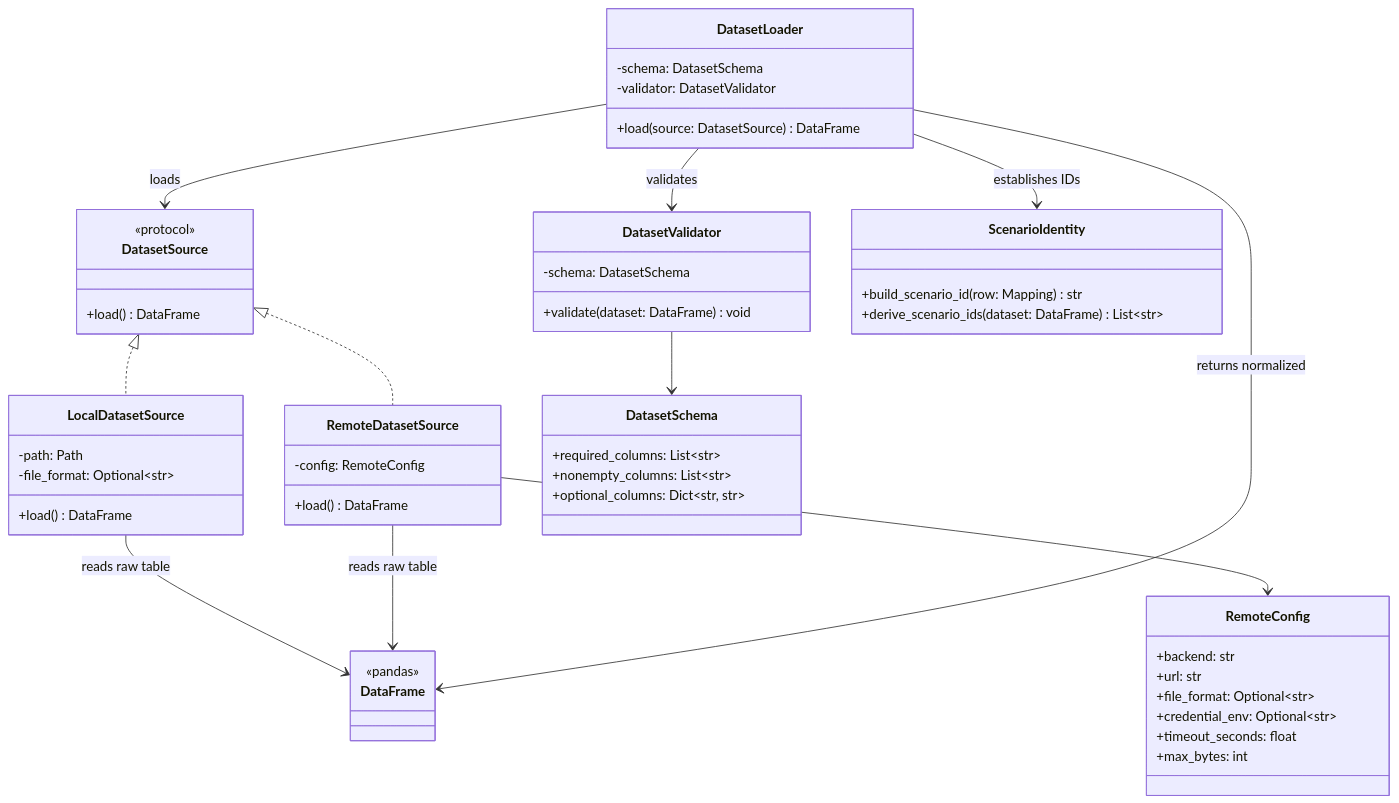
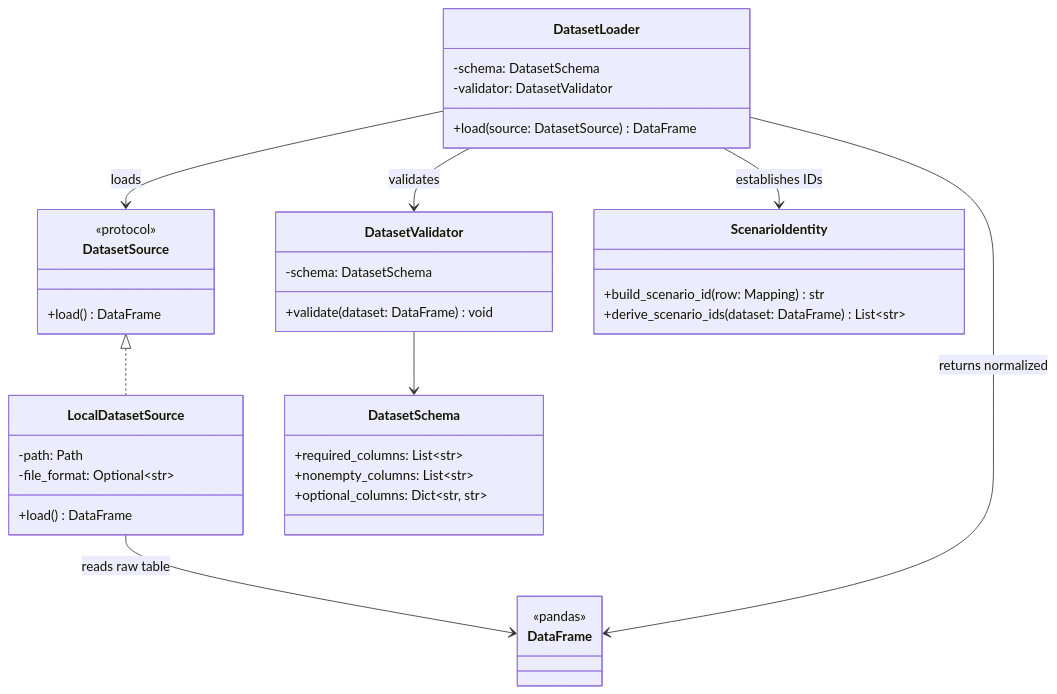
The diagram in docs/architecture/dataset_loading.mmd (KirillUtyashev/LLM_AuditKit), drawn with Mermaid before and after one commit. The commit also changed 16 other files, not shown here.

```diff
--- a/docs/architecture/dataset_loading.mmd
+++ b/docs/architecture/dataset_loading.mmd
@@ -1,57 +1,42 @@
 ---
 config:
   theme: mc
 ---
 classDiagram
     class DatasetSource {
         <<protocol>>
         +load() DataFrame
     }
     class LocalDatasetSource {
         -path: Path
         -file_format: Optional~str~
         +load() DataFrame
-    }
-    class RemoteDatasetSource {
-        -config: RemoteConfig
-        +load() DataFrame
-    }
-    class RemoteConfig {
-        +backend: str
-        +url: str
-        +file_format: Optional~str~
-        +credential_env: Optional~str~
-        +timeout_seconds: float
-        +max_bytes: int
     }
     class DatasetSchema {
         +required_columns: List~str~
         +nonempty_columns: List~str~
         +optional_columns: Dict~str, str~
     }
     class DatasetLoader {
         -schema: DatasetSchema
         -validator: DatasetValidator
         +load(source: DatasetSource) DataFrame
     }
     class DatasetValidator {
         -schema: DatasetSchema
         +validate(dataset: DataFrame) void
     }
     class ScenarioIdentity {
         +build_scenario_id(row: Mapping) str
         +derive_scenario_ids(dataset: DataFrame) List~str~
     }
     class DataFrame {
         <<pandas>>
     }
     DatasetSource <|.. LocalDatasetSource
-    DatasetSource <|.. RemoteDatasetSource
-    RemoteDatasetSource --> RemoteConfig
     LocalDatasetSource --> DataFrame : reads raw table
-    RemoteDatasetSource --> DataFrame : reads raw table
     DatasetLoader --> DatasetSource : loads
     DatasetLoader --> ScenarioIdentity : establishes IDs
     DatasetLoader --> DatasetValidator : validates
     DatasetValidator --> DatasetSchema
     DatasetLoader --> DataFrame : returns normalized
```
